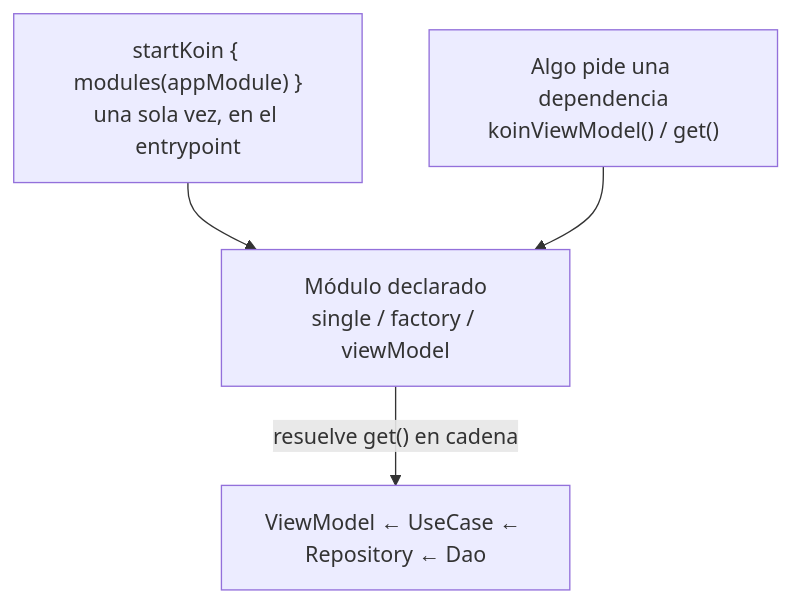
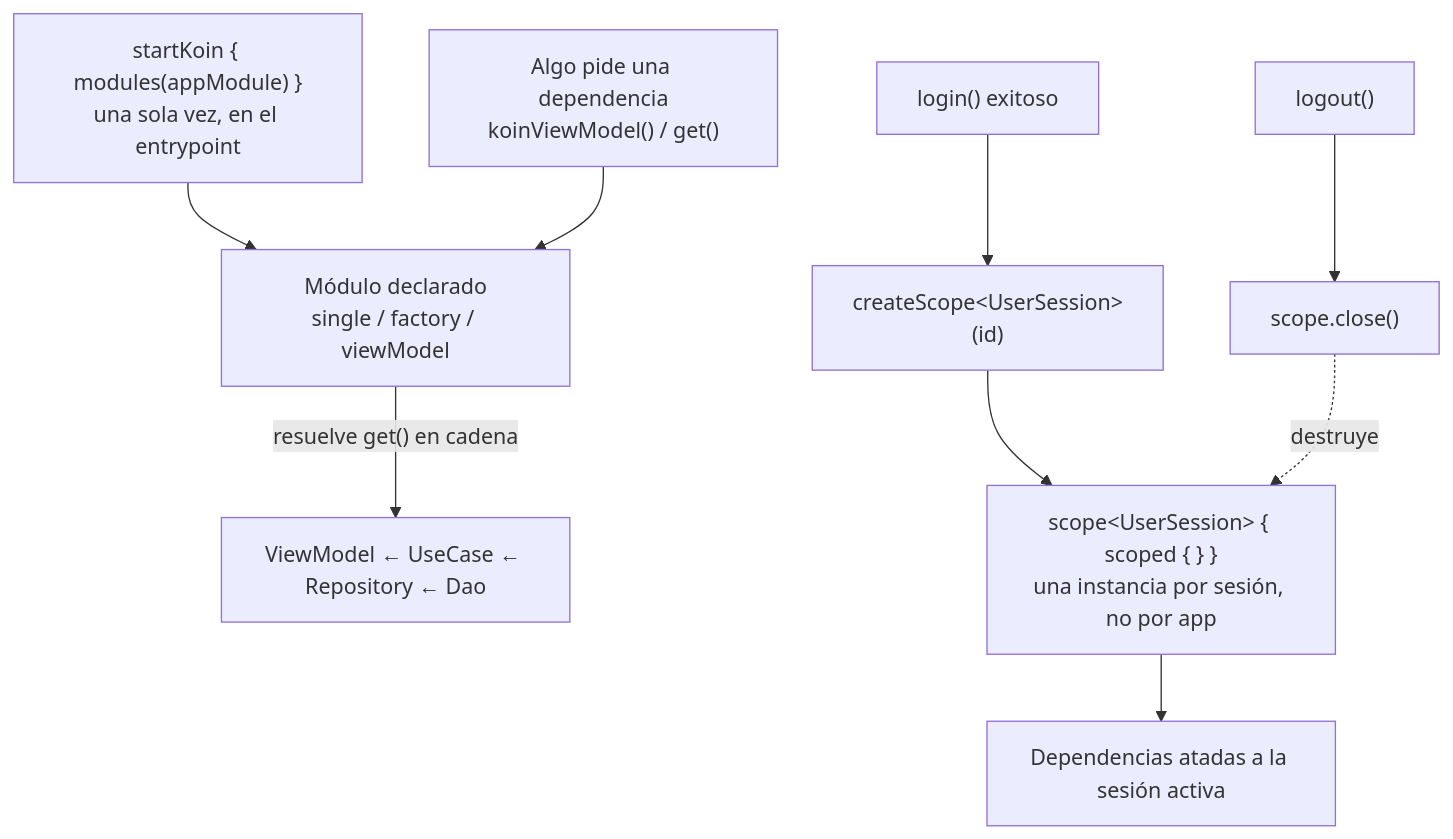
One commit to t1agosa/KMPro changed the diagram in 04_di/koin_fundamentos_y_scopes.md. Above: the diagram before and after it, drawn with Mermaid. The commit also changed other lines of this file and 8 other files, not shown here.

````diff
--- a/04_di/koin_fundamentos_y_scopes.md
+++ b/04_di/koin_fundamentos_y_scopes.md
@@ -5,6 +5,12 @@
 ```mermaid
 flowchart TD
     START["startKoin { modules(appModule) }<br/>una sola vez, en el entrypoint"] --> MOD["Módulo declarado<br/>single / factory / viewModel"]
     ASK["Algo pide una dependencia<br/>koinViewModel() / get()"] --> MOD
     MOD -- "resuelve get() en cadena" --> CHAIN["ViewModel ← UseCase ← Repository ← Dao"]
+
+    LOGIN["login() exitoso"] --> OPEN["createScope&lt;UserSession&gt;(id)"]
+    OPEN --> SCOPED["scope&lt;UserSession&gt; { scoped { } }<br/>una instancia por sesión, no por app"]
+    SCOPED --> USE["Dependencias atadas a la sesión activa"]
+    LOGOUT["logout()"] --> CLOSE["scope.close()"]
+    CLOSE -. "destruye" .-> SCOPED
 ```
````
